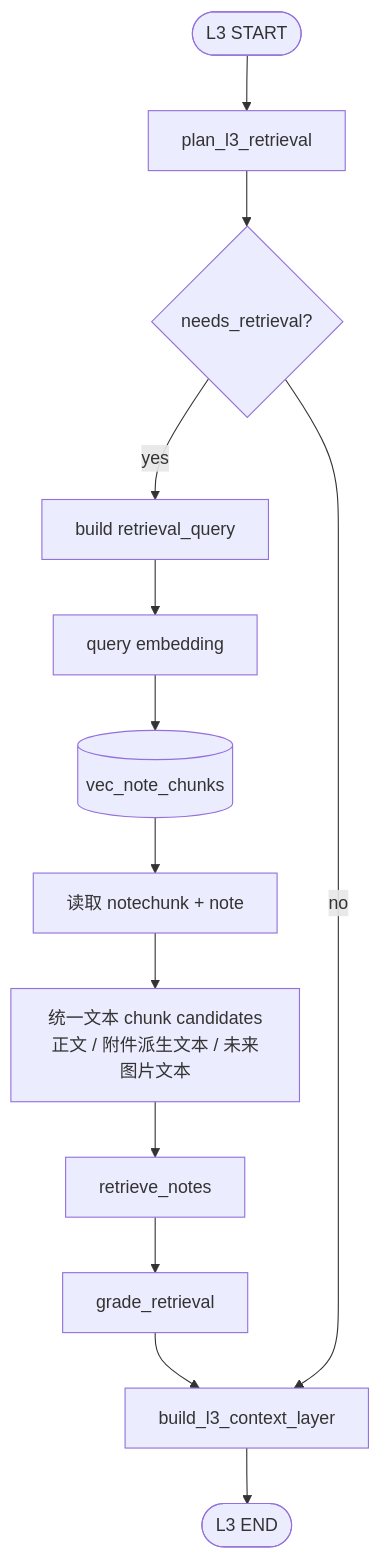
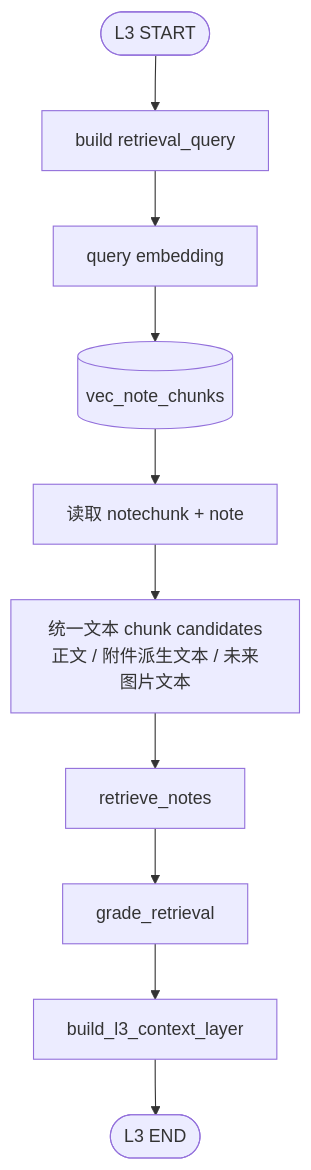
One commit to LiuJiaxuan1024/AiMemo changed the third of 5 diagrams in docs/agent/memory-chat-graph.md. Above: the diagram before and after it, drawn with Mermaid. The commit also changed other lines of this file and 9 other files, not shown here.

````diff
--- a/docs/agent/memory-chat-graph.md
+++ b/docs/agent/memory-chat-graph.md
@@ -615,15 +620,12 @@
 ```mermaid
 flowchart TD
-    L3Start([L3 START]) --> Plan[plan_l3_retrieval]
-    Plan --> Route{needs_retrieval?}
-    Route -->|yes| Query[build retrieval_query]
+    L3Start([L3 START]) --> Query[build retrieval_query]
     Query --> Embed[query embedding]
     Embed --> Vector[(vec_note_chunks)]
     Vector --> Join[读取 notechunk + note]
     Join --> TextChunks[统一文本 chunk candidates<br/>正文 / 附件派生文本 / 未来图片文本]
     TextChunks --> Retrieve[retrieve_notes]
     Retrieve --> Grade[grade_retrieval]
     Grade --> Build[build_l3_context_layer]
-    Route -->|no| Build
     Build --> L3End([L3 END])
 ```
````
